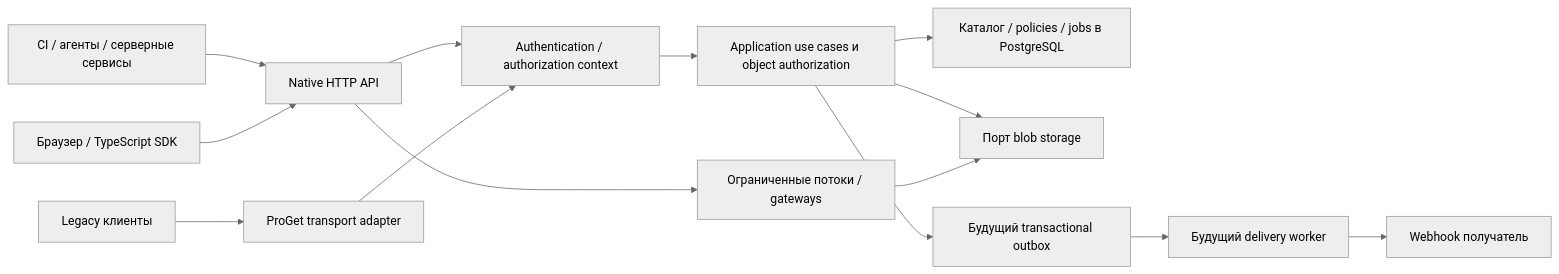
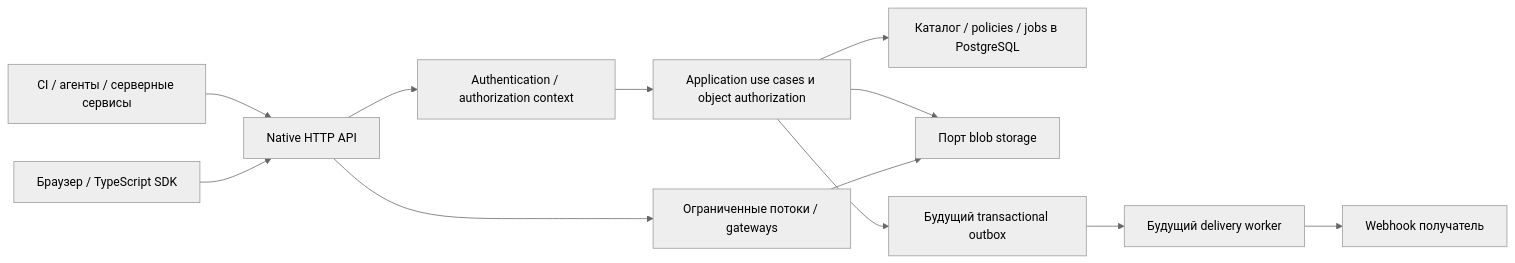
The diagram in docs/API_EVOLUTION.md (ProAnima/Arkvory), drawn with Mermaid (neutral theme) before and after one commit. The commit also changed other lines of this file and 95 other files, not shown here.

````diff
--- a/docs/API_EVOLUTION.md
+++ b/docs/API_EVOLUTION.md
@@ -7,16 +7,14 @@
 ```mermaid
 flowchart LR
     CI[CI / агенты / серверные сервисы] --> HTTP[Native HTTP API]
     UI[Браузер / TypeScript SDK] --> HTTP
-    OLD[Legacy клиенты] --> COMPAT[ProGet transport adapter]
     HTTP --> AUTH[Authentication / authorization context]
-    COMPAT --> AUTH
     AUTH --> USE[Application use cases и object authorization]
     USE --> CATALOG[Каталог / policies / jobs в PostgreSQL]
     USE --> BLOBS[Порт blob storage]
     HTTP --> GATE[Ограниченные потоки / gateways]
     GATE --> BLOBS
     USE --> OUTBOX[Будущий transactional outbox]
     OUTBOX --> DELIVERY[Будущий delivery worker]
     DELIVERY --> EXT[Webhook получатель]
 ```
````
